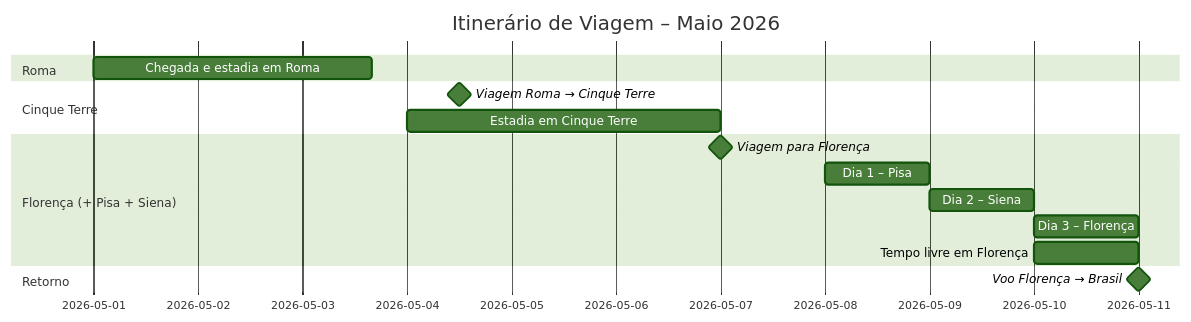
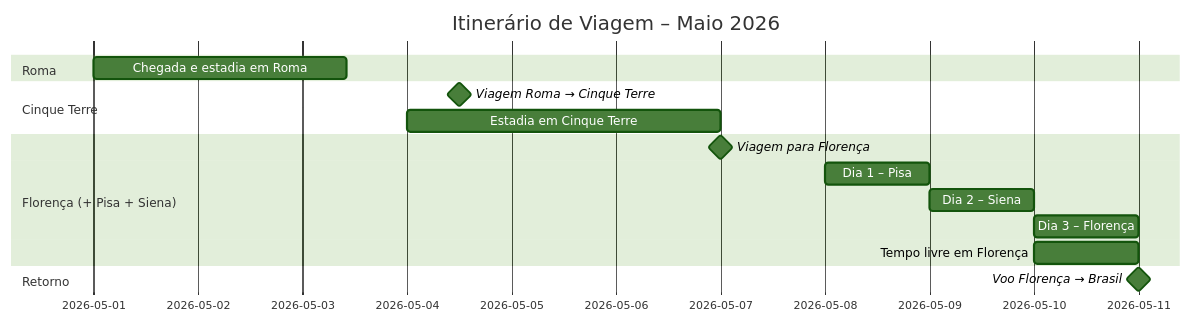
One commit to paulovcastagnari/planejamento-viagem-2026 changed the first of 2 diagrams in README.md. Above: the diagram before and after it, drawn with Mermaid (forest theme).

````diff
--- a/README.md
+++ b/README.md
@@ -21,22 +21,22 @@
 ```mermaid
 gantt
     dateFormat  YYYY-MM-DD
     title Itinerário de Viagem – Maio 2026
 
     section Roma
-    Chegada e estadia em Roma     :2026-05-01, 64h
+    Chegada e estadia em Roma     :2026-05-01, 58h
 
     section Cinque Terre
     Viagem Roma → Cinque Terre   :milestone, ct_arrive, 2026-05-04, 0.5d
     Estadia em Cinque Terre      :2026-05-04, 2.5d
 
     section Florença (+ Pisa + Siena)
     Viagem para Florença         :milestone, fl_arrive, 2026-05-07, 0d
     Dia 1 – Pisa                 :2026-05-08, 1d
     Dia 2 – Siena                :2026-05-09, 1d
     Dia 3 – Florença             :2026-05-10, 1d
     Tempo livre em Florença      :2026-05-10, 1d
 
     section Retorno
     Voo Florença → Brasil        :milestone, return_bra, 2026-05-11, 0d
 ```
````
